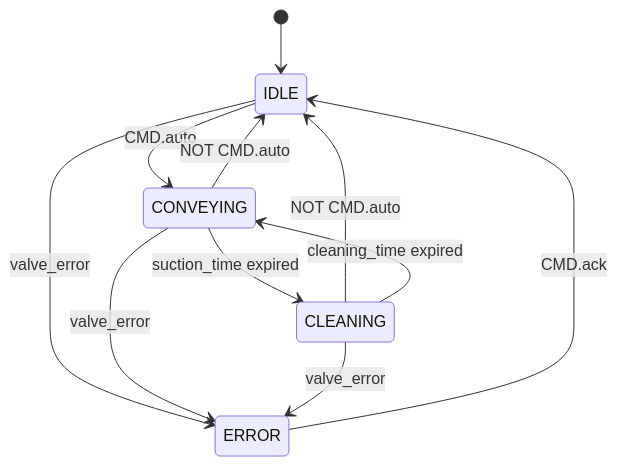
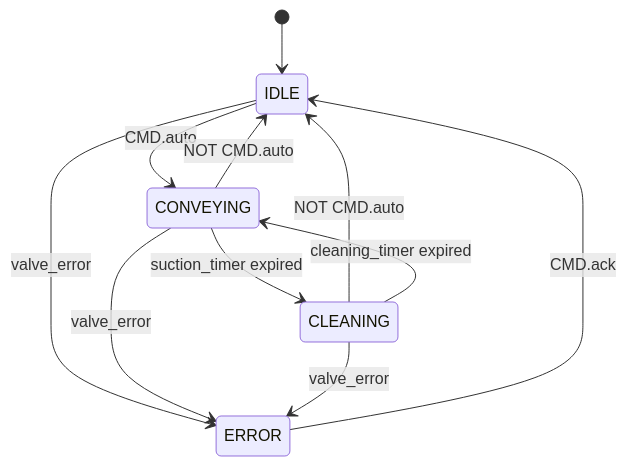
The second of 2 diagrams in docs/library/nolvac/index.en.md (AleFire99/TIA_knowledge), drawn with Mermaid before and after one commit. The commit also changed other lines of this file and 69 other files, not shown here.

````diff
--- a/docs/library/nolvac/index.en.md
+++ b/docs/library/nolvac/index.en.md
@@ -106,17 +109,17 @@
 ```mermaid
 stateDiagram-v2
     [*] --> IDLE
 
     IDLE --> CONVEYING : CMD.auto
     IDLE --> ERROR : valve_error
 
     CONVEYING --> IDLE : NOT CMD.auto
-    CONVEYING --> CLEANING : suction_time expired
+    CONVEYING --> CLEANING : suction_timer expired
     CONVEYING --> ERROR : valve_error
 
     CLEANING --> IDLE : NOT CMD.auto
-    CLEANING --> CONVEYING : cleaning_time expired
+    CLEANING --> CONVEYING : cleaning_timer expired
     CLEANING --> ERROR : valve_error
 
     ERROR --> IDLE : CMD.ack
 ```
````
